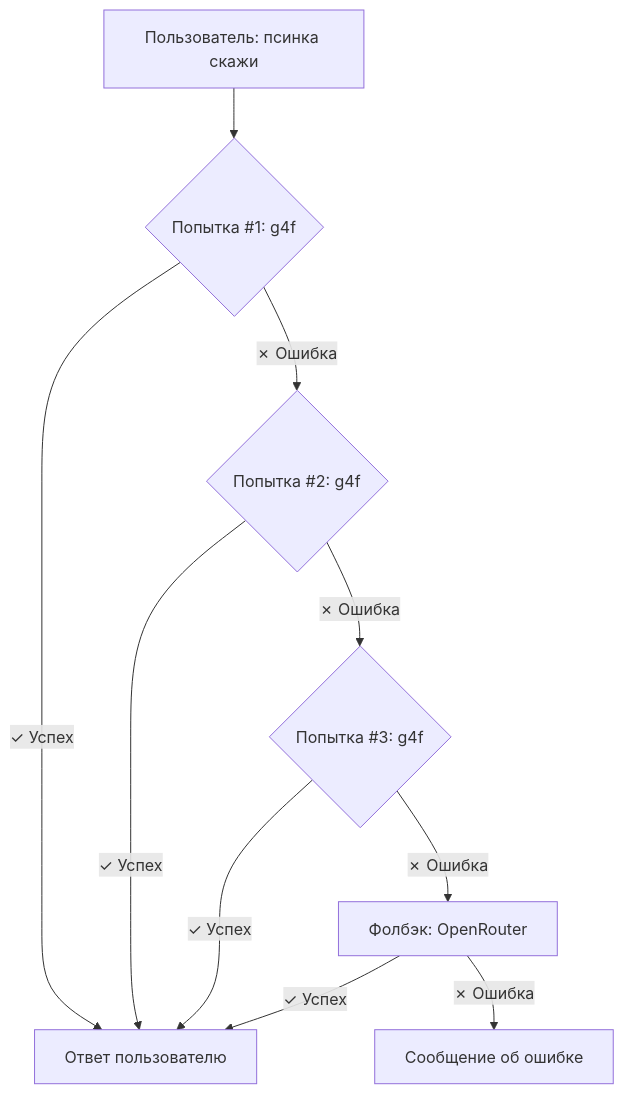
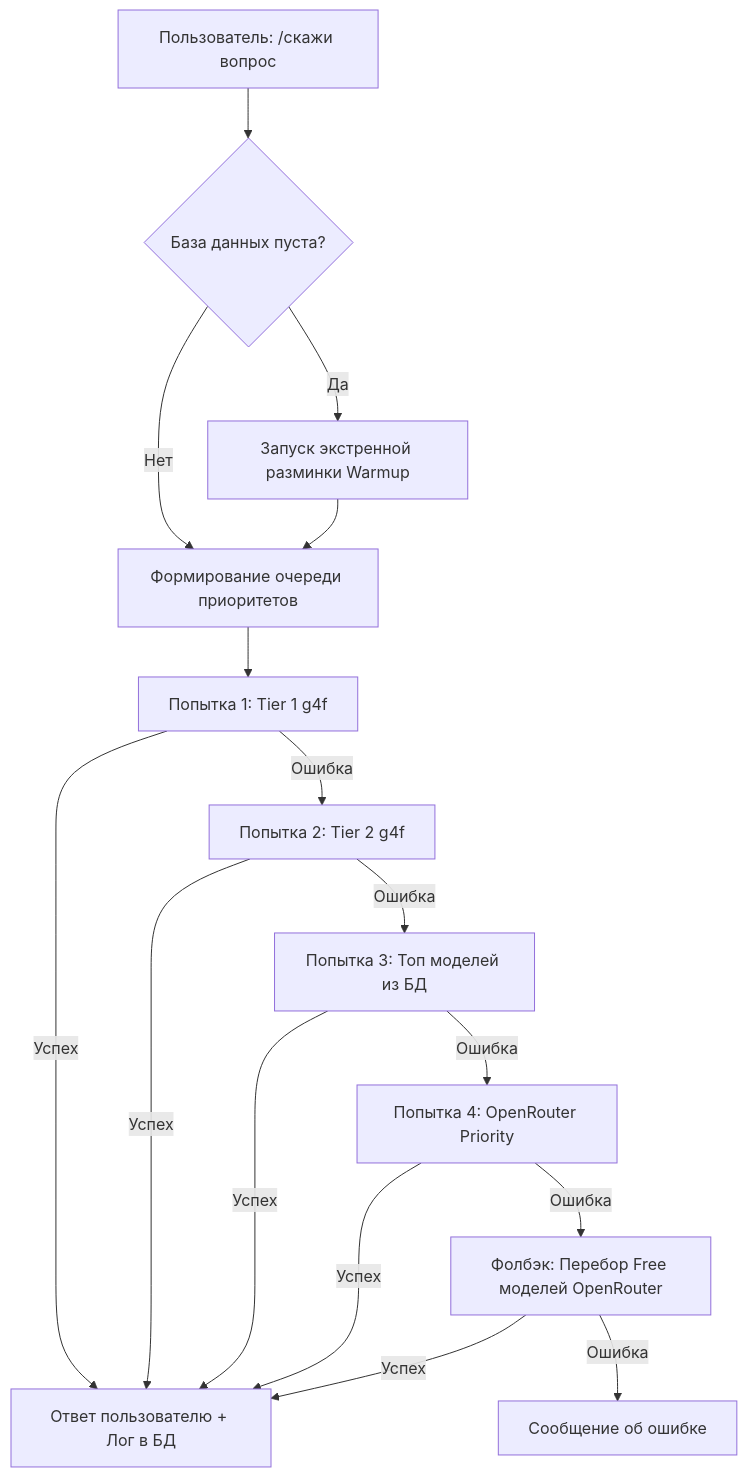
The first of 2 diagrams in README.md (LuwnFM/psinka-bot), drawn with Mermaid before and after one commit. The commit also changed other lines of this file, not shown here.

````diff
--- a/README.md
+++ b/README.md
@@ -82,12 +46,18 @@
 ```mermaid
 graph TD
-    A[Пользователь: псинка скажи] --> B{Попытка #1: g4f}
-    B -->|✓ Успех| C[Ответ пользователю]
-    B -->|✗ Ошибка| D{Попытка #2: g4f}
-    D -->|✓ Успех| C
-    D -->|✗ Ошибка| E{Попытка #3: g4f}
-    E -->|✓ Успех| C
-    E -->|✗ Ошибка| F[Фолбэк: OpenRouter]
-    F -->|✓ Успех| C
-    F -->|✗ Ошибка| G[Сообщение об ошибке]
+    A[Пользователь: /скажи вопрос] --> B{База данных пуста?}
+    B -->|Да| C[Запуск экстренной разминки Warmup]
+    B -->|Нет| D[Формирование очереди приоритетов]
+    C --> D
+    D --> E[Попытка 1: Tier 1 g4f]
+    E -->|Успех| F[Ответ пользователю + Лог в БД]
+    E -->|Ошибка| G[Попытка 2: Tier 2 g4f]
+    G -->|Успех| F
+    G -->|Ошибка| H[Попытка 3: Топ моделей из БД]
+    H -->|Успех| F
+    H -->|Ошибка| I[Попытка 4: OpenRouter Priority]
+    I -->|Успех| F
+    I -->|Ошибка| J[Фолбэк: Перебор Free моделей OpenRouter]
+    J -->|Успех| F
+    J -->|Ошибка| K[Сообщение об ошибке]
 ```
````
